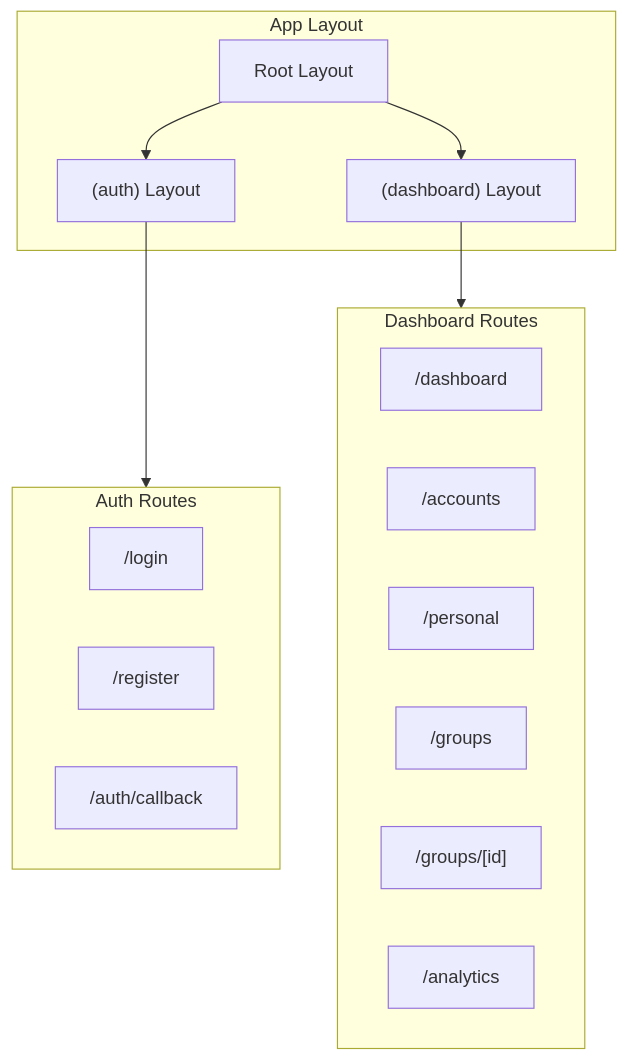
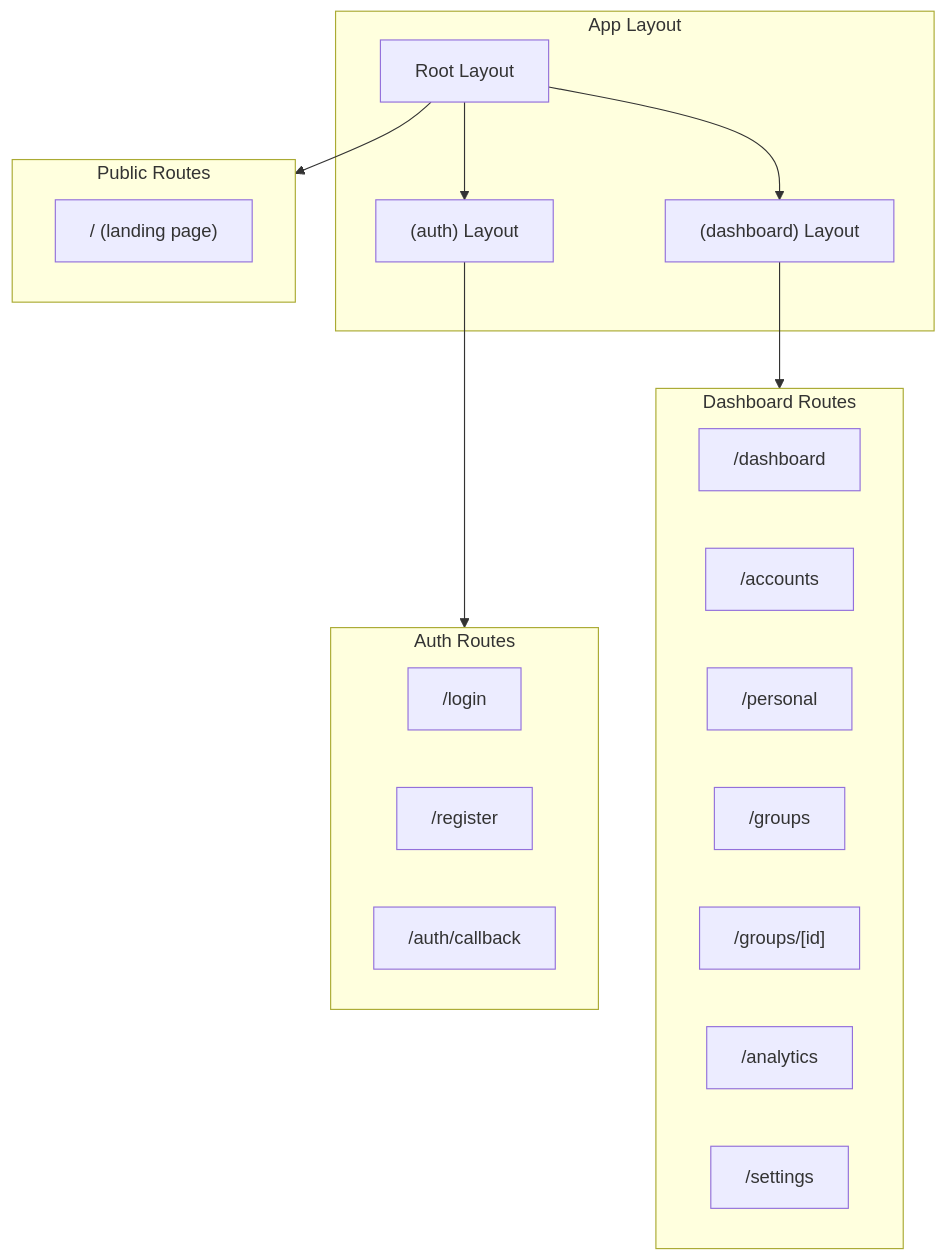
Before and after one commit to srs-sudeep/Ledger: the diagram in docs/docs/web-app/overview.md, drawn with Mermaid. The commit also changed other lines of this file and 25 other files, not shown here.

````diff
--- a/docs/docs/web-app/overview.md
+++ b/docs/docs/web-app/overview.md
@@ -21,26 +21,32 @@
 ```mermaid
 graph TB
   subgraph layout [App Layout]
     RootLayout[Root Layout]
     AuthLayout["(auth) Layout"]
     DashLayout["(dashboard) Layout"]
+  end
+
+  subgraph public [Public Routes]
+    Landing["/ (landing page)"]
   end
 
   subgraph auth [Auth Routes]
     Login["/login"]
     Register["/register"]
     Callback["/auth/callback"]
   end
 
   subgraph dash [Dashboard Routes]
     Dashboard["/dashboard"]
     Accounts["/accounts"]
     Personal["/personal"]
     Groups["/groups"]
     GroupDetail["/groups/[id]"]
     Analytics["/analytics"]
+    Settings["/settings"]
   end
 
+  RootLayout --> public
   RootLayout --> AuthLayout --> auth
   RootLayout --> DashLayout --> dash
 ```
````
